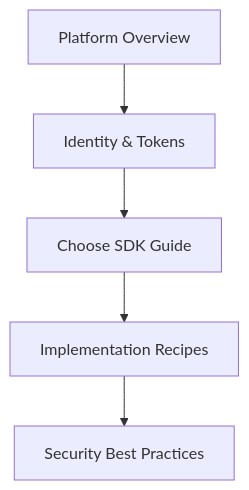
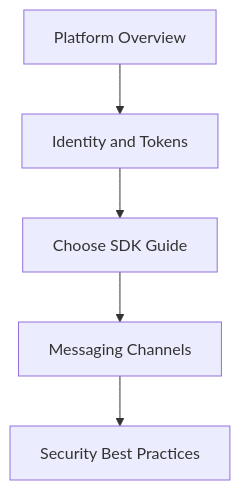
The second of 4 diagrams in docs/start-here/learning-paths.md (yeongseon/azure-communication-services-practical-guide), drawn with Mermaid before and after one commit. The commit also changed other lines of this file, not shown here.

````diff
--- a/docs/start-here/learning-paths.md
+++ b/docs/start-here/learning-paths.md
@@ -34,7 +72,7 @@
 ```mermaid
-graph TD
-    A[Platform Overview] --> B[Identity & Tokens]
+flowchart TD
+    A[Platform Overview] --> B[Identity and Tokens]
     B --> C[Choose SDK Guide]
-    C --> D[Implementation Recipes]
+    C --> D[Messaging Channels]
     D --> E[Security Best Practices]
 ```
````
